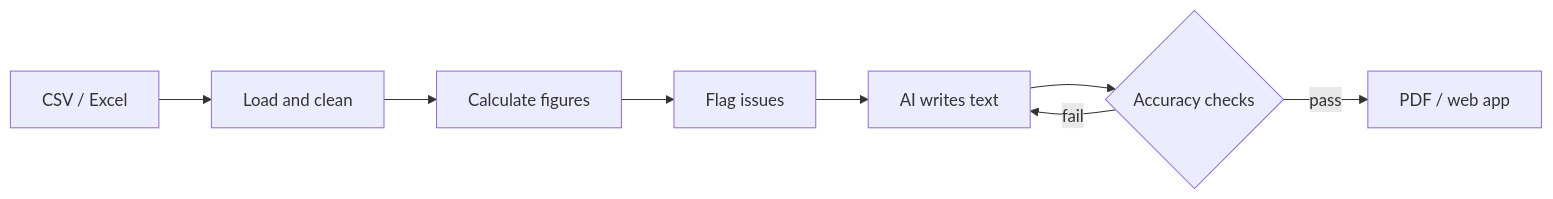
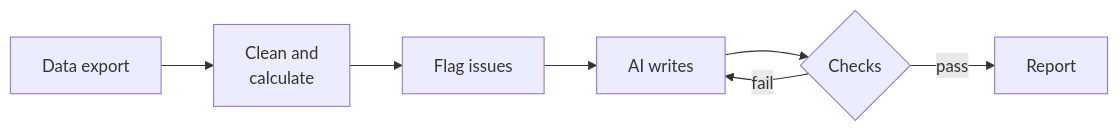
One commit to myaiprojects03/AI-Powered-Internal-Data-Report changed the diagram in README.md. Above: the diagram before and after it, drawn with Mermaid. The commit also changed other lines of this file, not shown here.

````diff
--- a/README.md
+++ b/README.md
@@ -22,10 +24,9 @@
 ```mermaid
 flowchart LR
-    A[CSV / Excel] --> B[Load and clean]
-    B --> C[Calculate figures]
-    C --> D[Flag issues]
-    D --> E[AI writes text]
-    E --> F{Accuracy checks}
-    F -- fail --> E
-    F -- pass --> G[PDF / web app]
+    A[Data export] --> B[Clean and<br/>calculate]
+    B --> C[Flag issues]
+    C --> D[AI writes]
+    D --> E{Checks}
+    E -- fail --> D
+    E -- pass --> F[Report]
 ```
````
